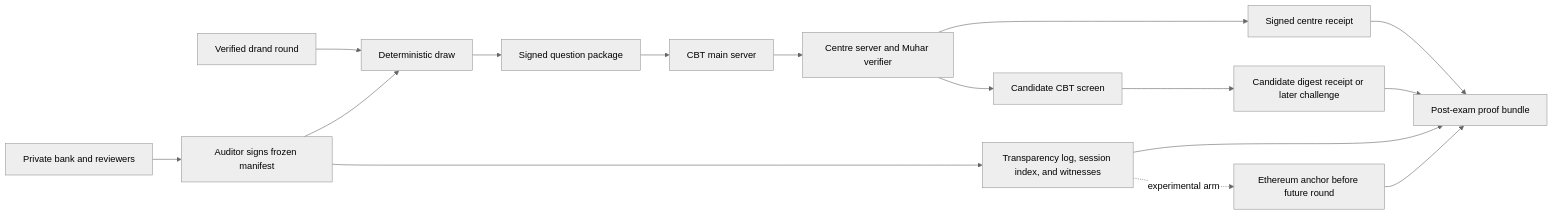
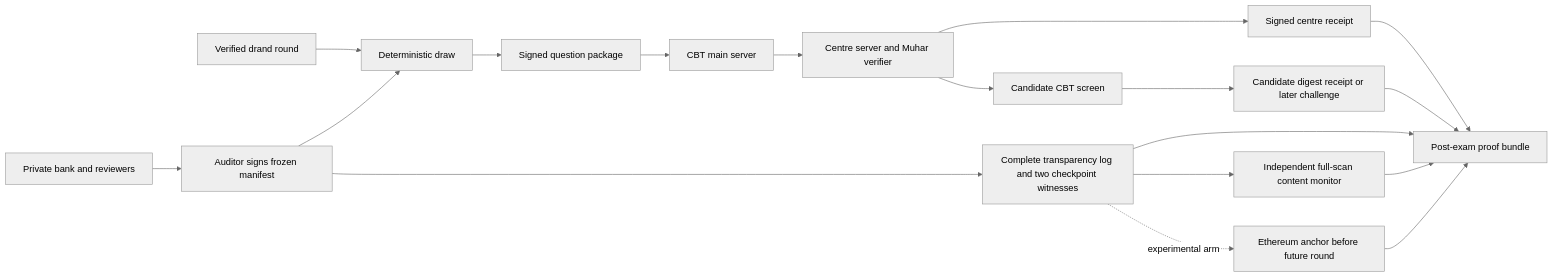
The diagram in DIGITAL_ARCHITECTURE.md (harshakumar25/Muhar), drawn with Mermaid (neutral theme) before and after one commit. The commit also changed other lines of this file and 14 other files, not shown here.

````diff
--- a/DIGITAL_ARCHITECTURE.md
+++ b/DIGITAL_ARCHITECTURE.md
@@ -8,18 +14,20 @@
 ```mermaid
 flowchart LR
   A[Private bank and reviewers] --> B[Auditor signs frozen manifest]
-  B --> C[Transparency log, session index, and witnesses]
+  B --> C[Complete transparency log and two checkpoint witnesses]
+  C --> N[Independent full-scan content monitor]
   C -. experimental arm .-> D[Ethereum anchor before future round]
   E[Verified drand round] --> F[Deterministic draw]
   B --> F
   F --> G[Signed question package]
   G --> H[CBT main server]
   H --> I[Centre server and Muhar verifier]
   I --> J[Candidate CBT screen]
   I --> K[Signed centre receipt]
   J --> L[Candidate digest receipt or later challenge]
   K --> M[Post-exam proof bundle]
   L --> M
   C --> M
+  N --> M
   D --> M
 ```
````
